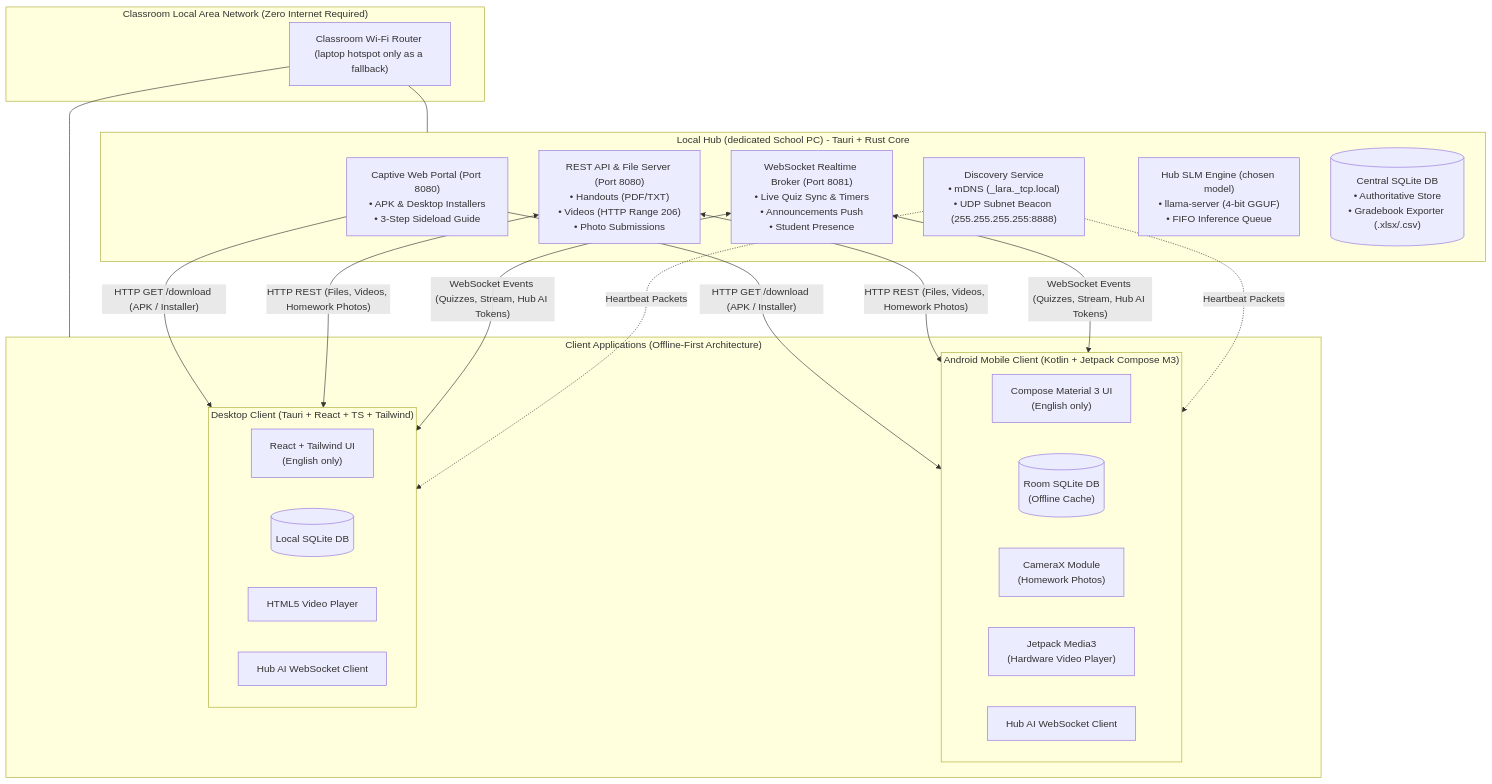
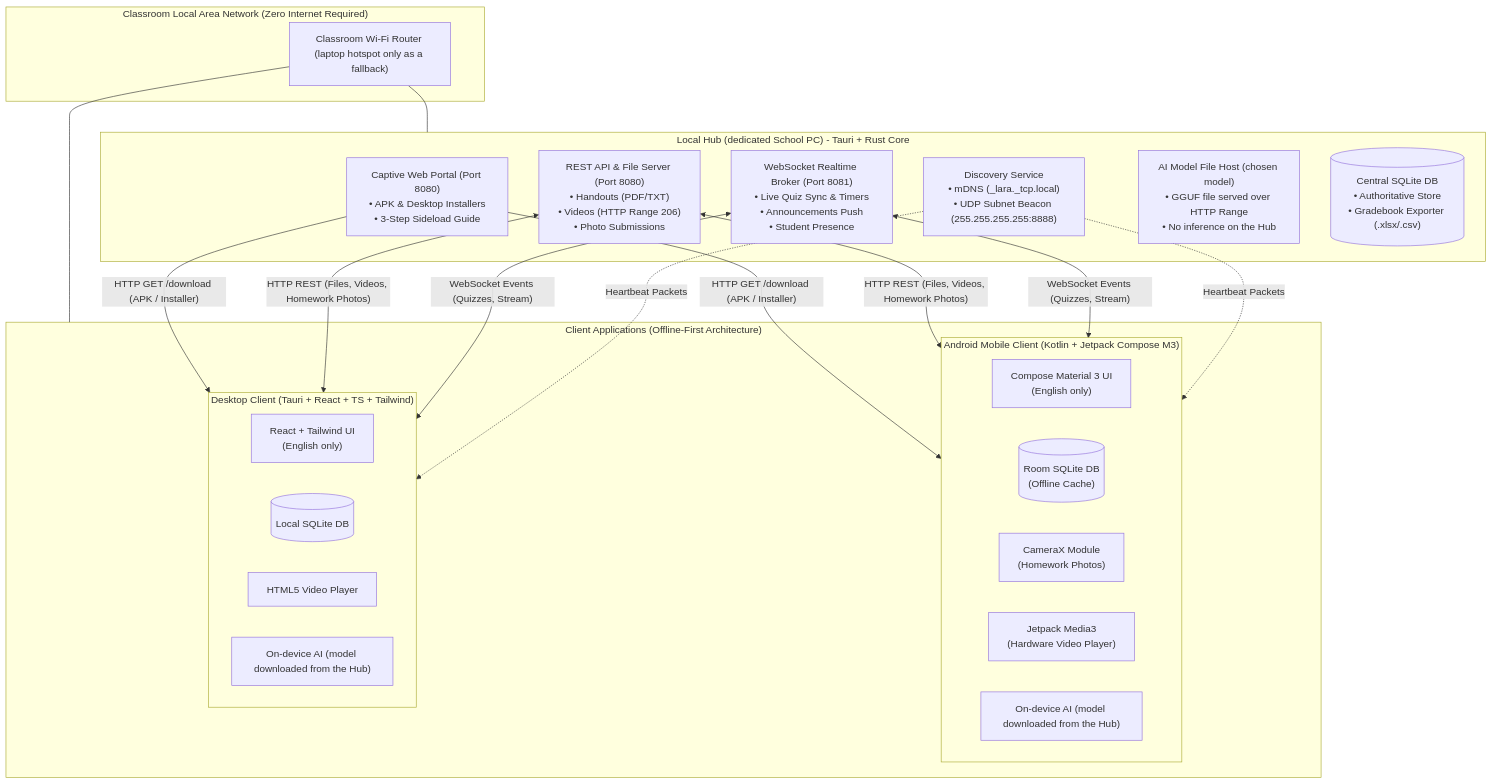
The first of 5 diagrams in docs/PRD.md (BootlegYouki/L.A.R.A), drawn with Mermaid before and after one commit. The commit also changed other lines of this file and 37 other files, not shown here.

````diff
--- a/docs/PRD.md
+++ b/docs/PRD.md
@@ -52,40 +52,40 @@
 ```mermaid
 flowchart TD
  subgraph RouterArea["Classroom Local Area Network (Zero Internet Required)"]
  Router["Classroom Wi-Fi Router (laptop hotspot only as a fallback)"]
  end
 
  subgraph HubServer["Local Hub (dedicated School PC) - Tauri + Rust Core"]
  Captive["Captive Web Portal (Port 8080)<br/>• APK & Desktop Installers<br/>• 3-Step Sideload Guide"]
  RestEngine["REST API & File Server (Port 8080)<br/>• Handouts (PDF/TXT)<br/>• Videos (HTTP Range 206)<br/>• Photo Submissions"]
  WsBroker["WebSocket Realtime Broker (Port 8081)<br/>• Live Quiz Sync & Timers<br/>• Announcements Push<br/>• Student Presence"]
  Discovery["Discovery Service<br/>• mDNS (_lara._tcp.local)<br/>• UDP Subnet Beacon (255.255.255.255:8888)"]
- HubAI["Hub SLM Engine (chosen model)<br/>• llama-server (4-bit GGUF)<br/>• FIFO Inference Queue"]
+ HubAI["AI Model File Host (chosen model)<br/>• GGUF file served over HTTP Range<br/>• No inference on the Hub"]
  CentralDB[("Central SQLite DB<br/>• Authoritative Store<br/>• Gradebook Exporter (.xlsx/.csv)")]
  end
 
  subgraph ClientApps["Client Applications (Offline-First Architecture)"]
  subgraph AndroidClient["Android Mobile Client (Kotlin + Jetpack Compose M3)"]
  DroidUI["Compose Material 3 UI<br/>(English only)"]
  DroidRoom[("Room SQLite DB<br/>(Offline Cache)")]
  DroidCam["CameraX Module<br/>(Homework Photos)"]
  DroidMedia["Jetpack Media3<br/>(Hardware Video Player)"]
- DroidAI["Hub AI WebSocket Client"]
+ DroidAI["On-device AI (model downloaded from the Hub)"]
  end
 
  subgraph DesktopClient["Desktop Client (Tauri + React + TS + Tailwind)"]
  DeskUI["React + Tailwind UI<br/>(English only)"]
  DeskSQLite[("Local SQLite DB")]
  DeskVideo["HTML5 Video Player"]
- DeskAI["Hub AI WebSocket Client"]
+ DeskAI["On-device AI (model downloaded from the Hub)"]
  end
  end
 
  Router --- HubServer
  Router --- ClientApps
 
  Captive -->|"HTTP GET /download (APK / Installer)"| AndroidClient & DesktopClient
  RestEngine <-->|"HTTP REST (Files, Videos, Homework Photos)"| AndroidClient & DesktopClient
- WsBroker <-->|"WebSocket Events (Quizzes, Stream, Hub AI Tokens)"| AndroidClient & DesktopClient
+ WsBroker <-->|"WebSocket Events (Quizzes, Stream)"| AndroidClient & DesktopClient
  Discovery -.->|"Heartbeat Packets"| AndroidClient & DesktopClient
 ```
````
